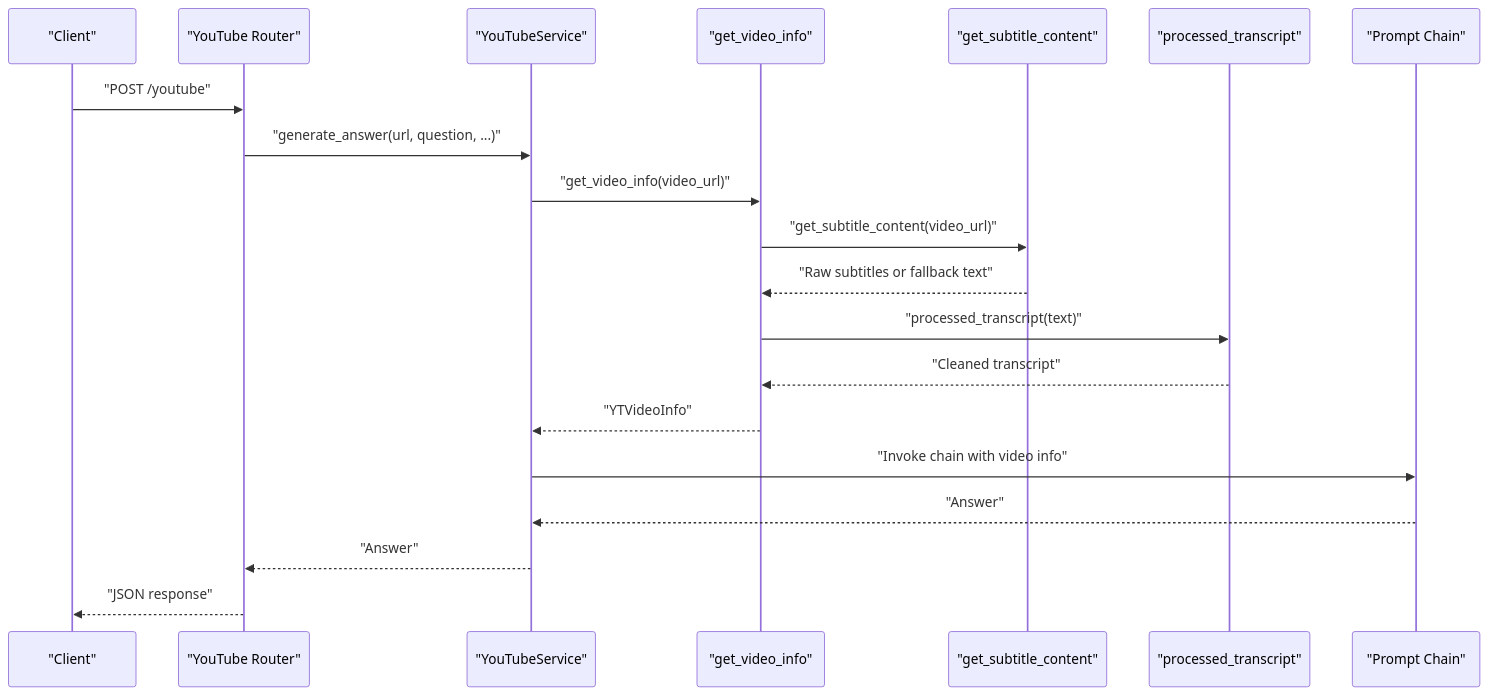
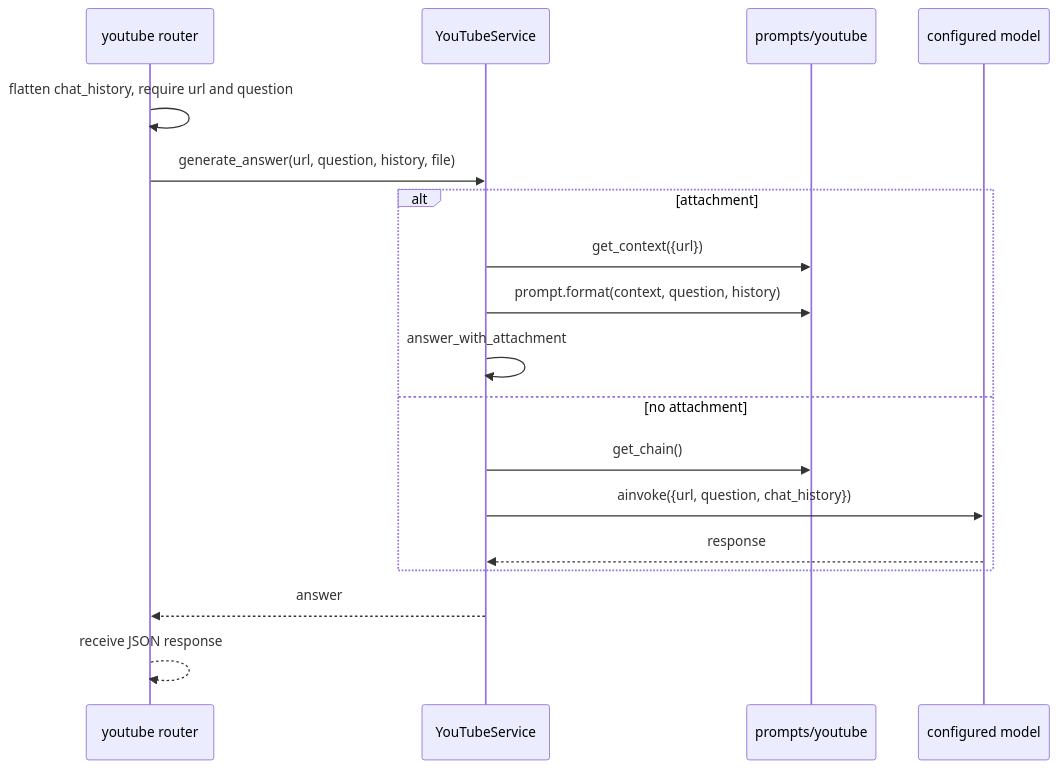
Before and after one commit to tashifkhan/tashif.codes: the third of 4 diagrams in src/data/docs/agentic-browser/Tool System/Content Processing and Extraction Tools.md, drawn with Mermaid. The commit also changed other lines of this file and 114 other files, not shown here.

````diff
--- a/src/data/docs/agentic-browser/Tool System/Content Processing and Extraction Tools.md
+++ b/src/data/docs/agentic-browser/Tool System/Content Processing and Extraction Tools.md
@@ -92,22 +95,20 @@
 ```mermaid
 sequenceDiagram
-participant Client as "Client"
-participant Router as "YouTube Router"
-participant Service as "YouTubeService"
-participant Info as "get_video_info"
-participant Subs as "get_subtitle_content"
-participant Clean as "processed_transcript"
-participant LLM as "Prompt Chain"
-Client->>Router : "POST /youtube"
-Router->>Service : "generate_answer(url, question, ...)"
-Service->>Info : "get_video_info(video_url)"
-Info->>Subs : "get_subtitle_content(video_url)"
-Subs-->>Info : "Raw subtitles or fallback text"
-Info->>Clean : "processed_transcript(text)"
-Clean-->>Info : "Cleaned transcript"
-Info-->>Service : "YTVideoInfo"
-Service->>LLM : "Invoke chain with video info"
-LLM-->>Service : "Answer"
-Service-->>Router : "Answer"
-Router-->>Client : "JSON response"
+  participant R as youtube router
+  participant S as YouTubeService
+  participant P as prompts/youtube
+  participant L as configured model
+  R->>R: flatten chat_history, require url and question
+  R->>S: generate_answer(url, question, history, file)
+  alt attachment
+    S->>P: get_context({url})
+    S->>P: prompt.format(context, question, history)
+    S->>S: answer_with_attachment
+  else no attachment
+    S->>P: get_chain()
+    S->>L: ainvoke({url, question, chat_history})
+    L-->>S: response
+  end
+  S-->>R: answer
+  R-->>R: receive JSON response
 ```
````
